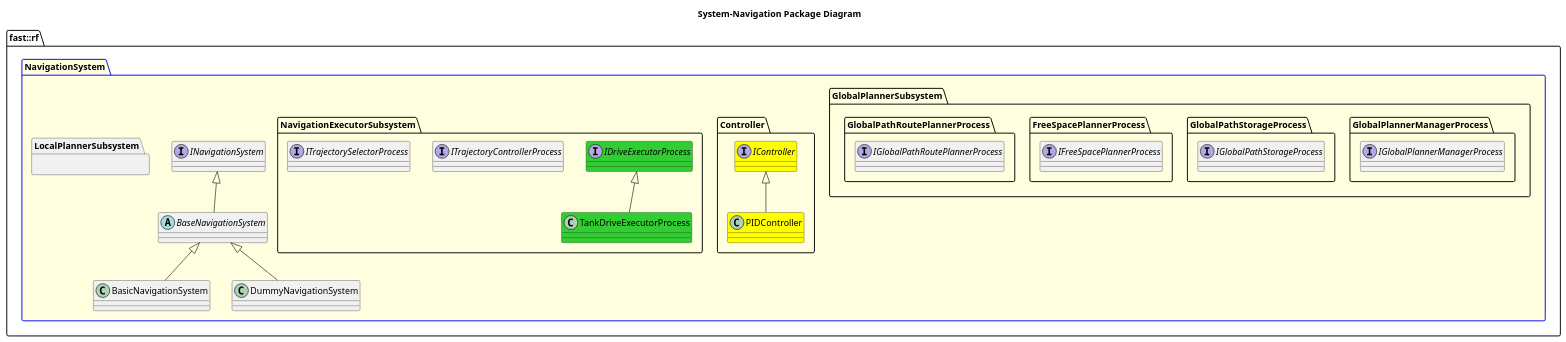
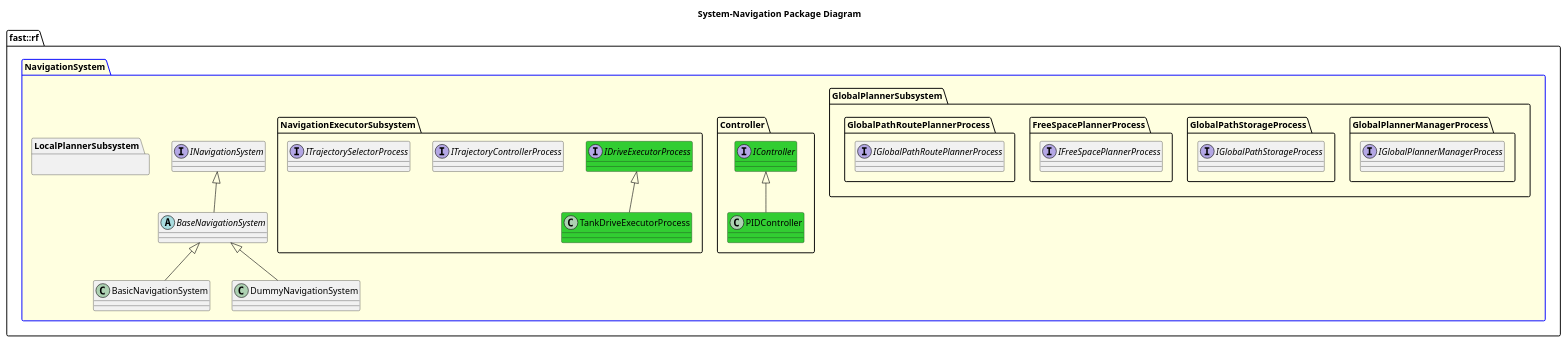
Before and after one commit to fastrobotics/robot_framework: the diagram in Systems/Navigation/doc/puml/SystemNavigationPackageDiagram.puml, drawn with PlantUML. The commit also changed 18 other files, not shown here.

```diff
--- a/Systems/Navigation/doc/puml/SystemNavigationPackageDiagram.puml
+++ b/Systems/Navigation/doc/puml/SystemNavigationPackageDiagram.puml
@@ -1,49 +1,49 @@
 @startuml
 title System-Navigation Package Diagram
 
 namespace fast::rf {
   package NavigationSystem #LightYellow;line:blue {
     interface INavigationSystem {
     }
     abstract BaseNavigationSystem {
     }
     INavigationSystem <|-- BaseNavigationSystem
     class BasicNavigationSystem {
 
     }
     BaseNavigationSystem <|-- BasicNavigationSystem
     class DummyNavigationSystem  {
     }
     BaseNavigationSystem <|-- DummyNavigationSystem
     namespace GlobalPlannerSubsystem {
       namespace GlobalPlannerManagerProcess {
         interface IGlobalPlannerManagerProcess
       }
       namespace GlobalPathStorageProcess {
         interface IGlobalPathStorageProcess
       }
       namespace FreeSpacePlannerProcess {
         interface IFreeSpacePlannerProcess
       }
       namespace GlobalPathRoutePlannerProcess {
         interface IGlobalPathRoutePlannerProcess
       }
     }
     namespace Controller {
-      interface IController #Yellow {}
-      class PIDController #Yellow {}
+      interface IController #LimeGreen {}
+      class PIDController #LimeGreen {}
       PIDController -up-|> IController
     }
     namespace LocalPlannerSubsystem {
 
     }
     namespace NavigationExecutorSubsystem {
       interface IDriveExecutorProcess #LimeGreen
       class TankDriveExecutorProcess #LimeGreen
       TankDriveExecutorProcess -up-|> IDriveExecutorProcess
       interface ITrajectoryControllerProcess
       interface ITrajectorySelectorProcess
     }
   }
 }
 @enduml
```
